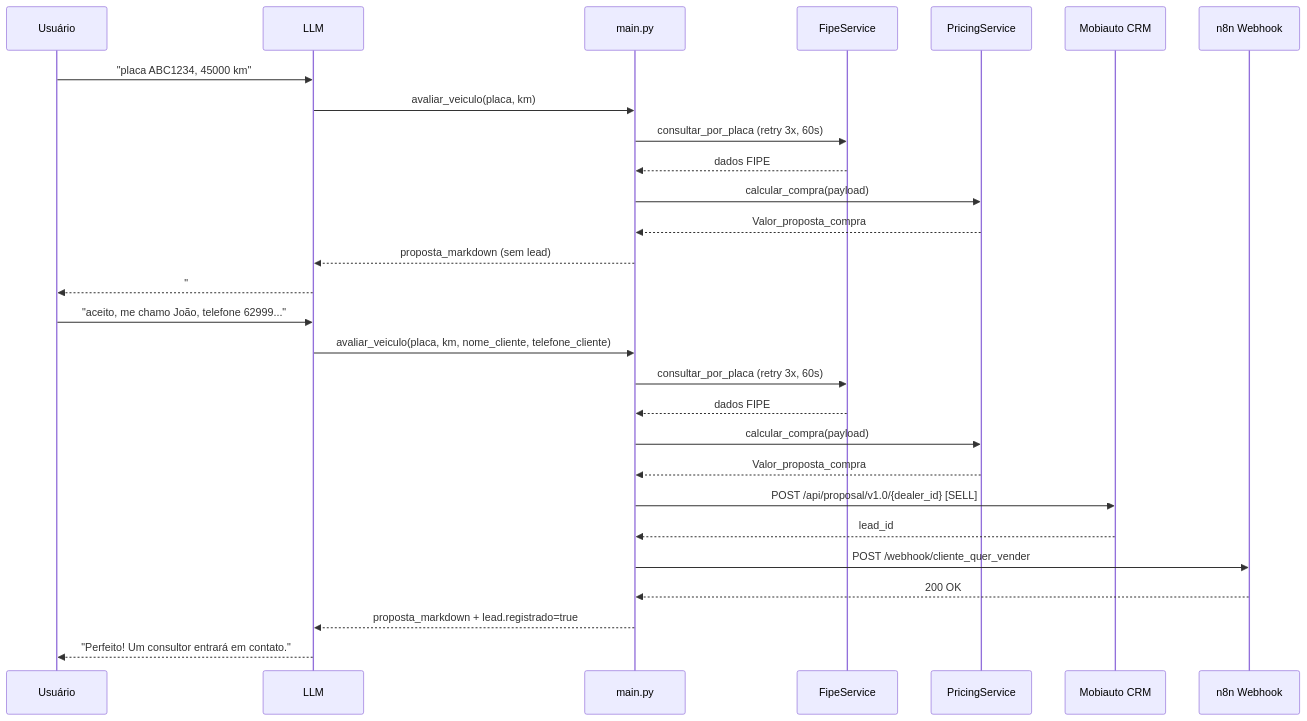
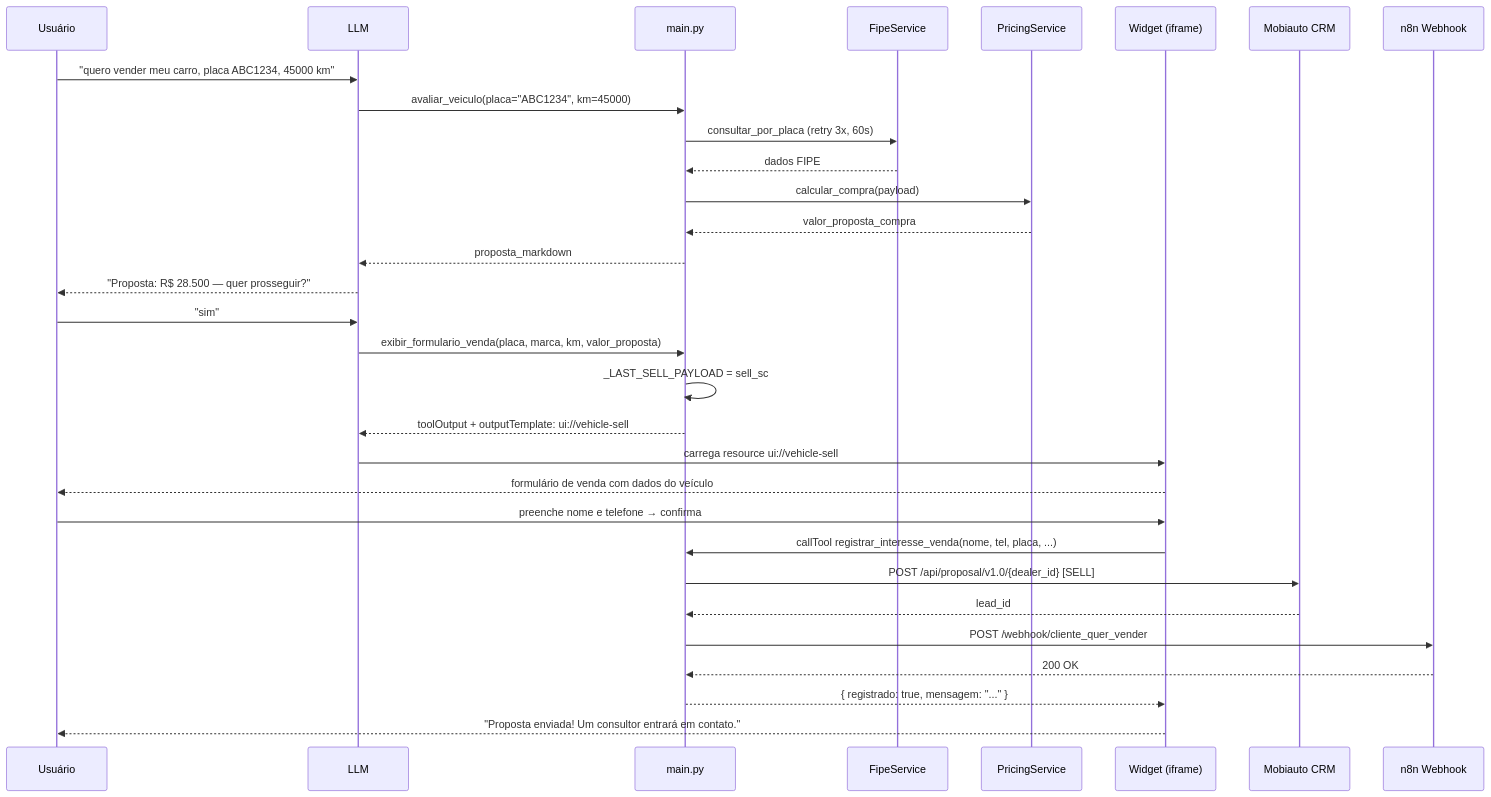
One commit to JoaaoCunhaa/ml-mcp-ia-vendas changed the second of 2 diagrams in docs/03_fluxo.md. Above: the diagram before and after it, drawn with Mermaid. The commit also changed other lines of this file and 6 other files, not shown here.

````diff
--- a/docs/03_fluxo.md
+++ b/docs/03_fluxo.md
@@ -191,32 +268,36 @@
 ```mermaid
 sequenceDiagram
     participant U as Usuário
     participant L as LLM
     participant M as main.py
     participant F as FipeService
     participant P as PricingService
+    participant W as Widget (iframe)
     participant CRM as Mobiauto CRM
     participant WH as n8n Webhook
 
-    U->>L: "placa ABC1234, 45000 km"
-    L->>M: avaliar_veiculo(placa, km)
+    U->>L: "quero vender meu carro, placa ABC1234, 45000 km"
+    L->>M: avaliar_veiculo(placa="ABC1234", km=45000)
     M->>F: consultar_por_placa (retry 3x, 60s)
     F-->>M: dados FIPE
     M->>P: calcular_compra(payload)
-    P-->>M: Valor_proposta_compra
-    M-->>L: proposta_markdown (sem lead)
-    L-->>U: "## 💰 Proposta: R$ XX.XXX — informe nome e telefone"
+    P-->>M: valor_proposta_compra
+    M-->>L: proposta_markdown
 
-    U->>L: "aceito, me chamo João, telefone 62999..."
-    L->>M: avaliar_veiculo(placa, km, nome_cliente, telefone_cliente)
-    M->>F: consultar_por_placa (retry 3x, 60s)
-    F-->>M: dados FIPE
-    M->>P: calcular_compra(payload)
-    P-->>M: Valor_proposta_compra
+    L-->>U: "Proposta: R$ 28.500 — quer prosseguir?"
+    U->>L: "sim"
+    L->>M: exibir_formulario_venda(placa, marca, km, valor_proposta)
+    M->>M: _LAST_SELL_PAYLOAD = sell_sc
+    M-->>L: toolOutput + outputTemplate: ui://vehicle-sell
+    L->>W: carrega resource ui://vehicle-sell
+    W-->>U: formulário de venda com dados do veículo
+
+    U->>W: preenche nome e telefone → confirma
+    W->>M: callTool registrar_interesse_venda(nome, tel, placa, ...)
     M->>CRM: POST /api/proposal/v1.0/{dealer_id} [SELL]
     CRM-->>M: lead_id
     M->>WH: POST /webhook/cliente_quer_vender
     WH-->>M: 200 OK
-    M-->>L: proposta_markdown + lead.registrado=true
-    L-->>U: "Perfeito! Um consultor entrará em contato."
+    M-->>W: { registrado: true, mensagem: "..." }
+    W-->>U: "Proposta enviada! Um consultor entrará em contato."
 ```
````
